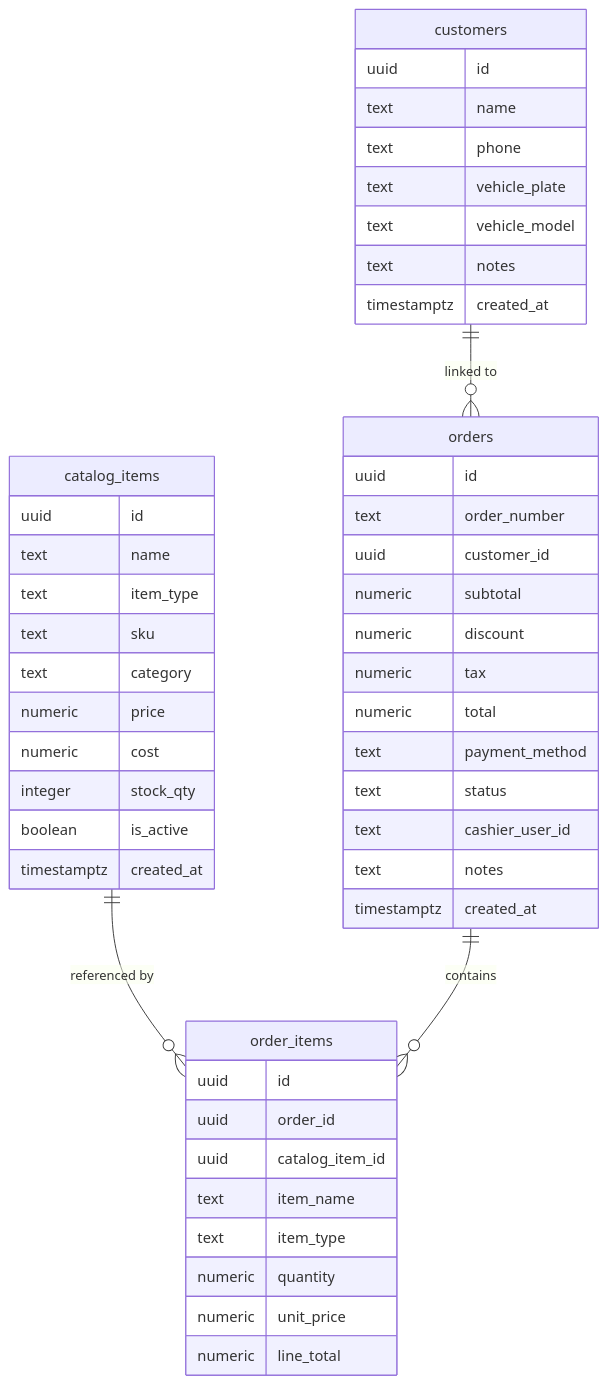
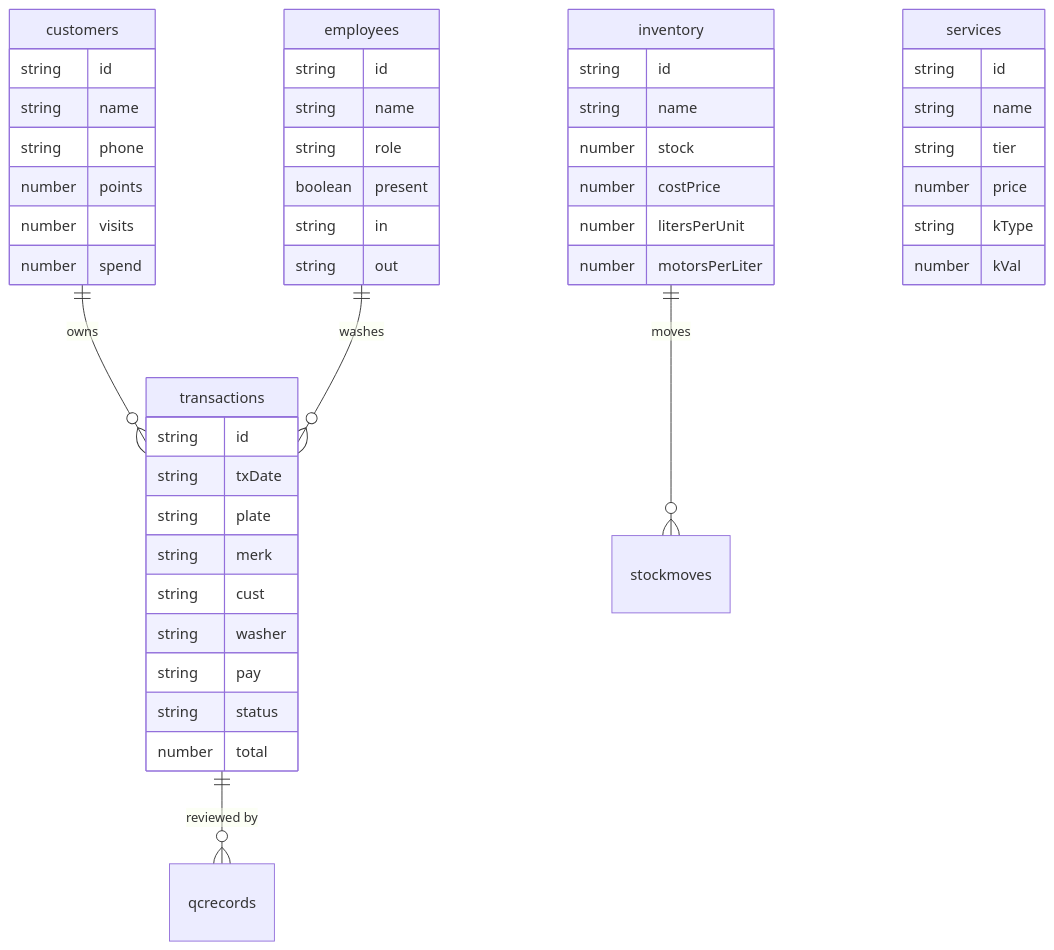
The second of 2 diagrams in .trae/documents/technical-architecture.md (triosptr/app-genautocare), drawn with Mermaid before and after one commit. The commit also changed other lines of this file and 26 other files, not shown here.

````diff
--- a/.trae/documents/technical-architecture.md
+++ b/.trae/documents/technical-architecture.md
@@ -92,55 +104,55 @@
 ```mermaid
 erDiagram
-  catalog_items ||--o{ order_items : "referenced by"
-  customers ||--o{ orders : "linked to"
-  orders ||--o{ order_items : "contains"
+  customers ||--o{ transactions : "owns"
+  transactions ||--o{ qcrecords : "reviewed by"
+  employees ||--o{ transactions : "washes"
+  inventory ||--o{ stockmoves : "moves"
 
-  catalog_items {
-    uuid id
-    text name
-    text item_type
-    text sku
-    text category
-    numeric price
-    numeric cost
-    integer stock_qty
-    boolean is_active
-    timestamptz created_at
+  services {
+    string id
+    string name
+    string tier
+    number price
+    string kType
+    number kVal
+  }
+
+  employees {
+    string id
+    string name
+    string role
+    boolean present
+    string in
+    string out
   }
 
   customers {
-    uuid id
-    text name
-    text phone
-    text vehicle_plate
-    text vehicle_model
-    text notes
-    timestamptz created_at
+    string id
+    string name
+    string phone
+    number points
+    number visits
+    number spend
   }
 
-  orders {
-    uuid id
-    text order_number
-    uuid customer_id
-    numeric subtotal
-    numeric discount
-    numeric tax
-    numeric total
-    text payment_method
-    text status
-    text cashier_user_id
-    text notes
-    timestamptz created_at
+  transactions {
+    string id
+    string txDate
+    string plate
+    string merk
+    string cust
+    string washer
+    string pay
+    string status
+    number total
   }
 
-  order_items {
-    uuid id
-    uuid order_id
-    uuid catalog_item_id
-    text item_name
-    text item_type
-    numeric quantity
-    numeric unit_price
-    numeric line_total
+  inventory {
+    string id
+    string name
+    number stock
+    number costPrice
+    number litersPerUnit
+    number motorsPerLiter
   }
 ```
````
